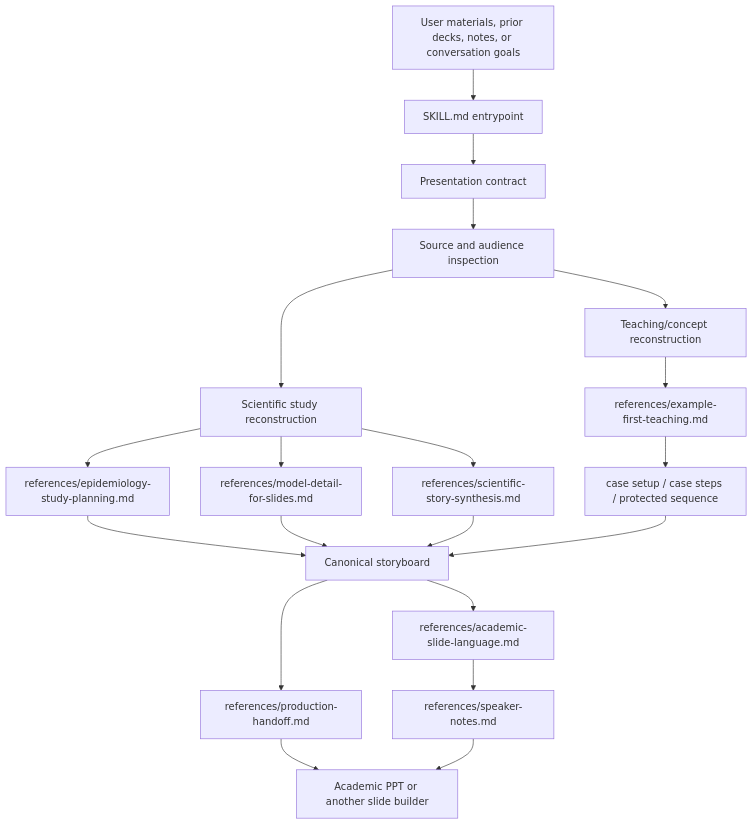
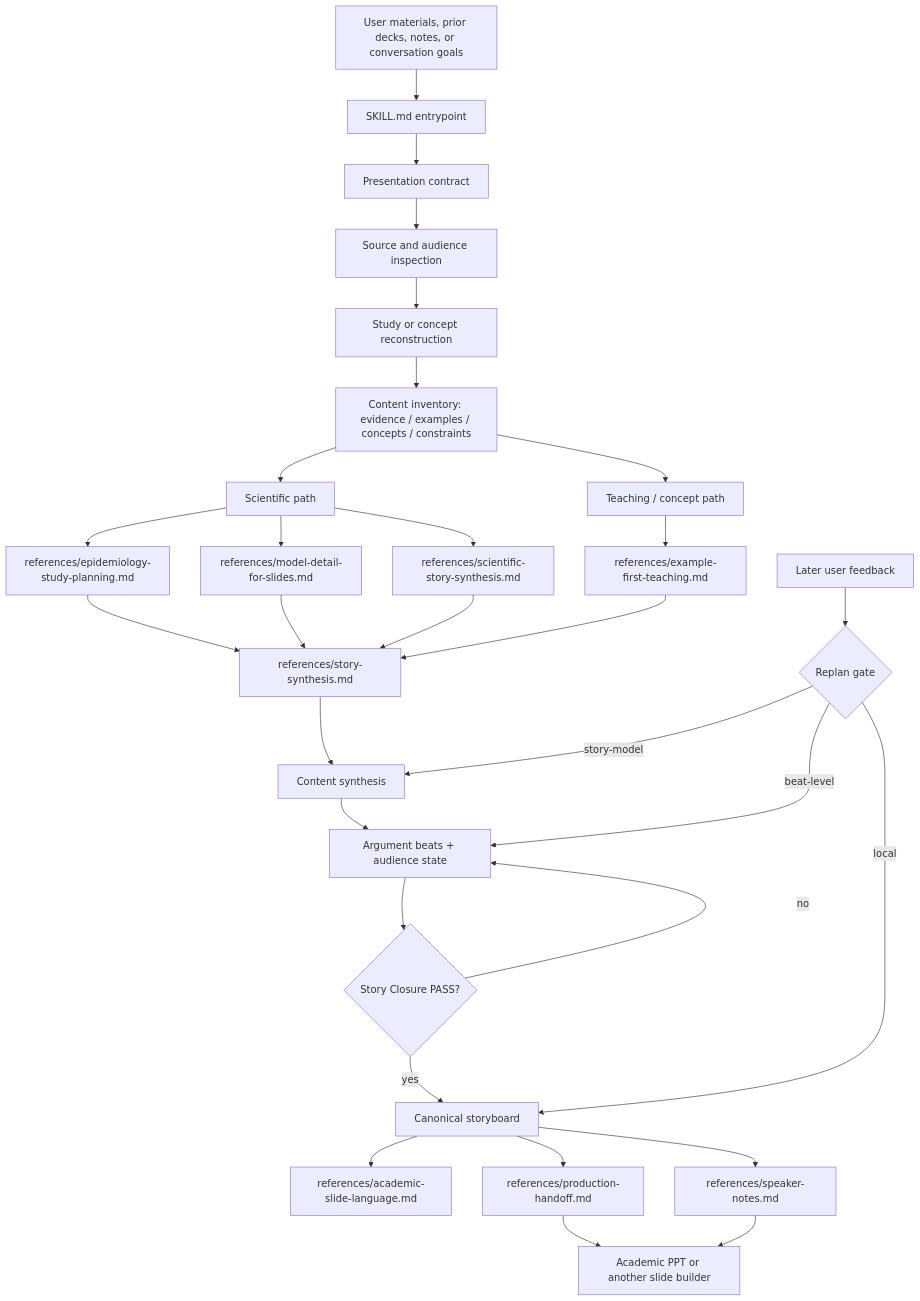
Before and after one commit to yihan-hu/yihan-hu-ppt-planner: the diagram in ARCHITECTURE.md, drawn with Mermaid. The commit also changed other lines of this file, not shown here.

Commit message:
Update planner architecture for story closure

````diff
--- a/ARCHITECTURE.md
+++ b/ARCHITECTURE.md
@@ -3,28 +3,40 @@
 ```mermaid
 flowchart TD
   User[User materials, prior decks, notes, or conversation goals] --> Entry[SKILL.md entrypoint]
   Entry --> Contract[Presentation contract]
   Contract --> Source[Source and audience inspection]
+  Source --> Reconstruct[Study or concept reconstruction]
+  Reconstruct --> Inventory[Content inventory: evidence / examples / concepts / constraints]
 
-  Source --> Study[Scientific study reconstruction]
-  Source --> Teaching[Teaching/concept reconstruction]
+  Inventory --> Study[Scientific path]
+  Inventory --> Teaching[Teaching / concept path]
 
   Study --> Epi[references/epidemiology-study-planning.md]
   Study --> Model[references/model-detail-for-slides.md]
-  Study --> Synthesis[references/scientific-story-synthesis.md]
+  Study --> SciSynthesis[references/scientific-story-synthesis.md]
 
   Teaching --> ExampleFirst[references/example-first-teaching.md]
-  ExampleFirst --> CasePayload[case setup / case steps / protected sequence]
 
-  Epi --> Story[Canonical storyboard]
+  Epi --> Story[references/story-synthesis.md]
   Model --> Story
-  Synthesis --> Story
-  CasePayload --> Story
+  SciSynthesis --> Story
+  ExampleFirst --> Story
 
-  Story --> Language[references/academic-slide-language.md]
-  Language --> Notes[references/speaker-notes.md]
-  Story --> Handoff[references/production-handoff.md]
+  Story --> ContentModel[Content synthesis]
+  ContentModel --> Argument[Argument beats + audience state]
+  Argument --> Closure{Story Closure PASS?}
+  Closure -- no --> Argument
+  Closure -- yes --> Storyboard[Canonical storyboard]
+
+  Storyboard --> Language[references/academic-slide-language.md]
+  Storyboard --> Notes[references/speaker-notes.md]
+  Storyboard --> Handoff[references/production-handoff.md]
+
+  Feedback[Later user feedback] --> Replan{Replan gate}
+  Replan -- local --> Storyboard
+  Replan -- beat-level --> Argument
+  Replan -- story-model --> ContentModel
 
   Handoff --> Builder[Academic PPT or another slide builder]
   Notes --> Builder
 ```
````
